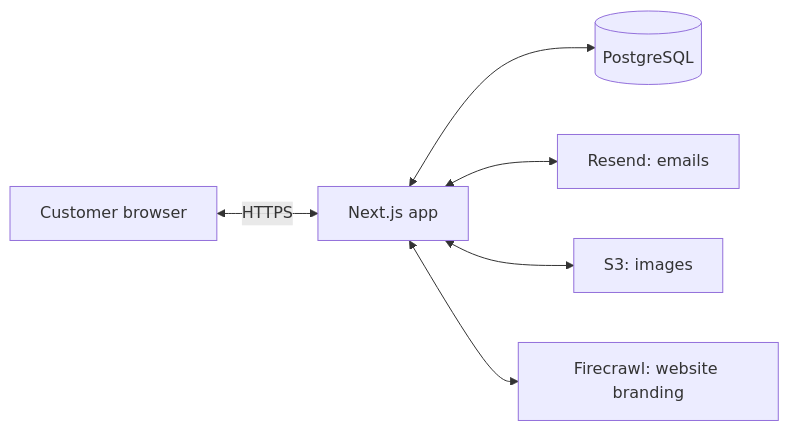
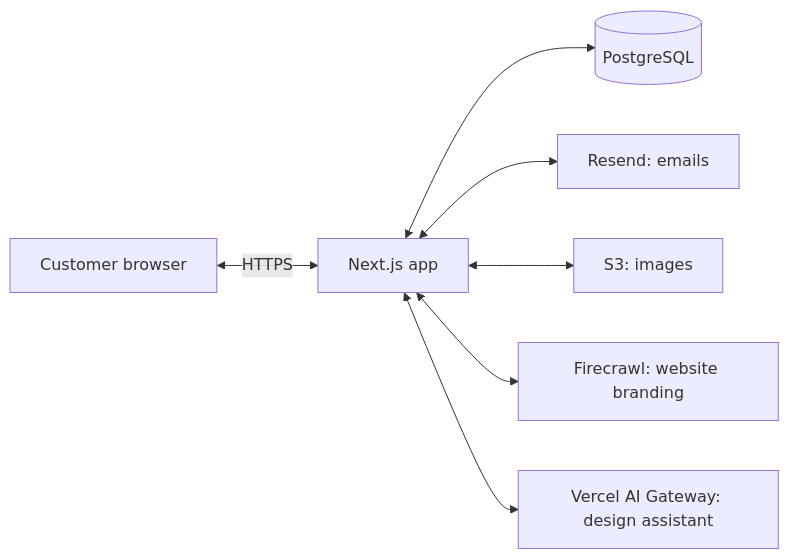
One commit to sunnyeyles/captivator-mvp changed the diagram in docs/REVIEW.md. Above: the diagram before and after it, drawn with Mermaid. The commit also changed other lines of this file and 1 other file, not shown here.

Commit message:
Mention the design assistant in the README and reviewer notes

````diff
--- a/docs/REVIEW.md
+++ b/docs/REVIEW.md
@@ -21,8 +27,9 @@
 ```mermaid
 flowchart LR
   browser[Customer browser] <-->|HTTPS| app[Next.js app]
   app <--> db[(PostgreSQL)]
   app <--> email[Resend: emails]
   app <--> s3[S3: images]
   app <--> crawl[Firecrawl: website branding]
+  app <--> ai[Vercel AI Gateway: design assistant]
 ```
````
